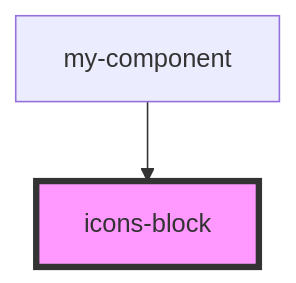
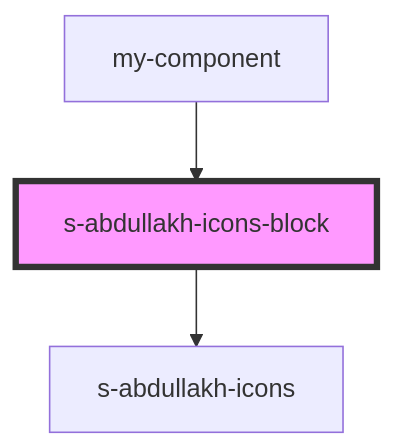
One commit to Wokh-Dada/companycards changed the diagram in src/components/res/view/s-abdullakh-icons-block/readme.md. Above: the diagram before and after it, drawn with Mermaid. The commit also changed other lines of this file and 28 other files, not shown here.

````diff
--- a/src/components/res/view/s-abdullakh-icons-block/readme.md
+++ b/src/components/res/view/s-abdullakh-icons-block/readme.md
@@ -22,5 +33,6 @@
 ```mermaid
 graph TD;
-  my-component --> icons-block
-  style icons-block fill:#f9f,stroke:#333,stroke-width:4px
+  s-abdullakh-icons-block --> s-abdullakh-icons
+  my-component --> s-abdullakh-icons-block
+  style s-abdullakh-icons-block fill:#f9f,stroke:#333,stroke-width:4px
 ```
````
